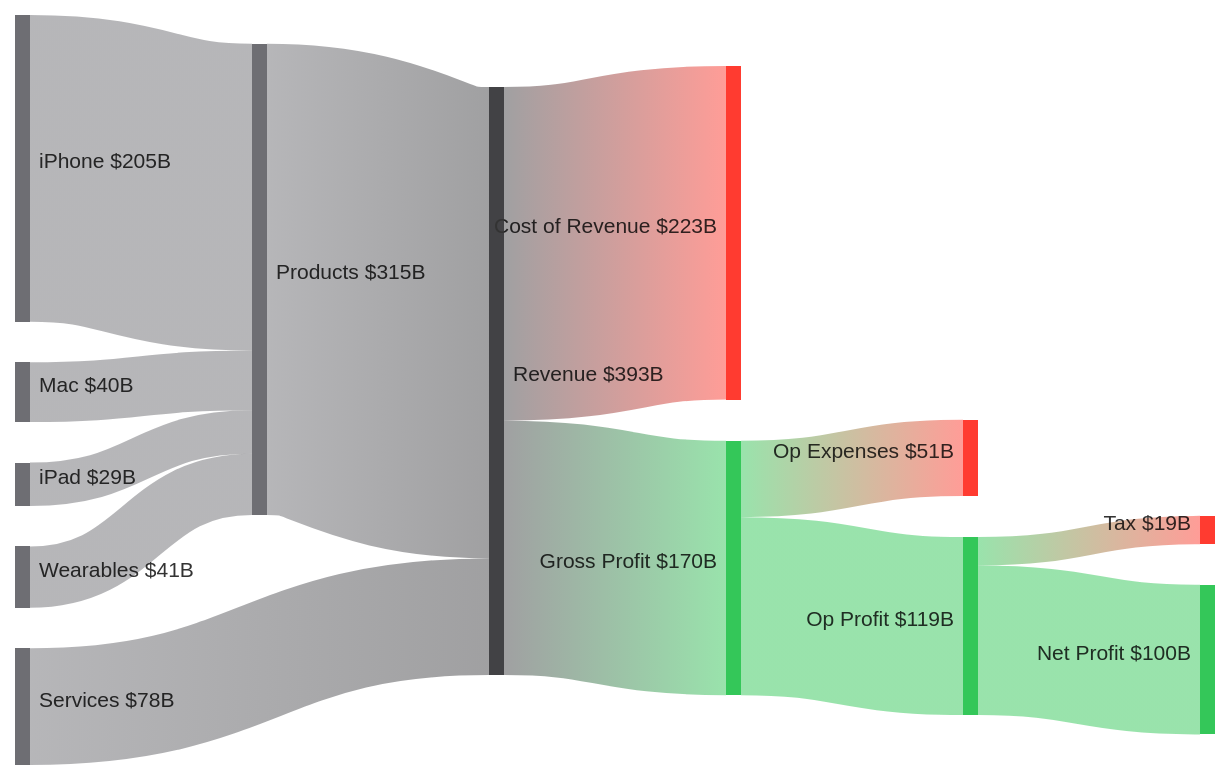
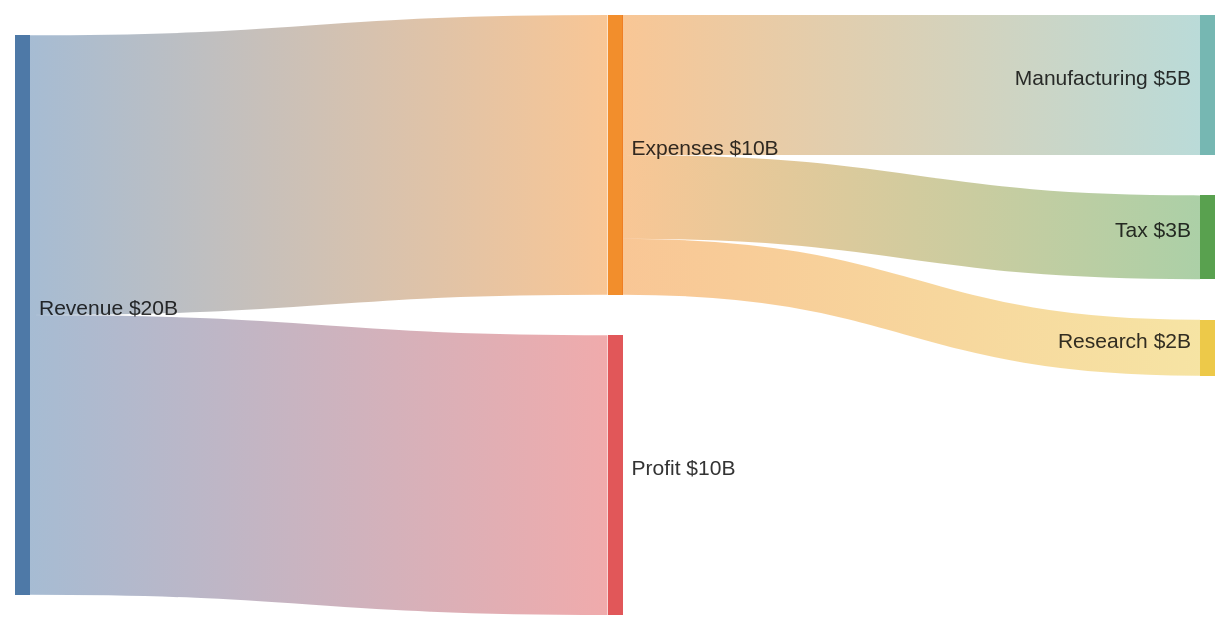
Before and after one commit to creadri/sebastianjs: the diagram in samples/mermaid-demos/sankey__1.mmd, drawn with Mermaid. The commit also changed 99 other files, not shown here.

```diff
--- a/samples/mermaid-demos/sankey__1.mmd
+++ b/samples/mermaid-demos/sankey__1.mmd
@@ -1,39 +1,15 @@
 ---
 config:
   sankey:
     showValues: true
     prefix: $
     suffix: B
     width: 800
-    height: 500
     nodeAlignment: left
-    labelStyle: default
-    nodeColors:
-      iPhone: "#6e6e73"
-      Mac: "#6e6e73"
-      iPad: "#6e6e73"
-      Wearables: "#6e6e73"
-      Products: "#6e6e73"
-      Services: "#6e6e73"
-      Revenue: "#424245"
-      Cost of Revenue: "#ff3b30"
-      Gross Profit: "#34c759"
-      Op Expenses: "#ff3b30"
-      Op Profit: "#34c759"
-      Tax: "#ff3b30"
-      Net Profit: "#34c759"
 ---
-sankey
-
-iPhone,Products,205
-Mac,Products,40
-iPad,Products,29
-Wearables,Products,41
-Products,Revenue,315
-Services,Revenue,78
-Revenue,Cost of Revenue,223
-Revenue,Gross Profit,170
-Gross Profit,Op Expenses,51
-Gross Profit,Op Profit,119
-Op Profit,Tax,19
-Op Profit,Net Profit,100
+sankey-beta
+  Revenue,Expenses,10
+  Revenue,Profit,10
+  Expenses,Manufacturing,5
+  Expenses,Tax,3
+  Expenses,Research,2
```
